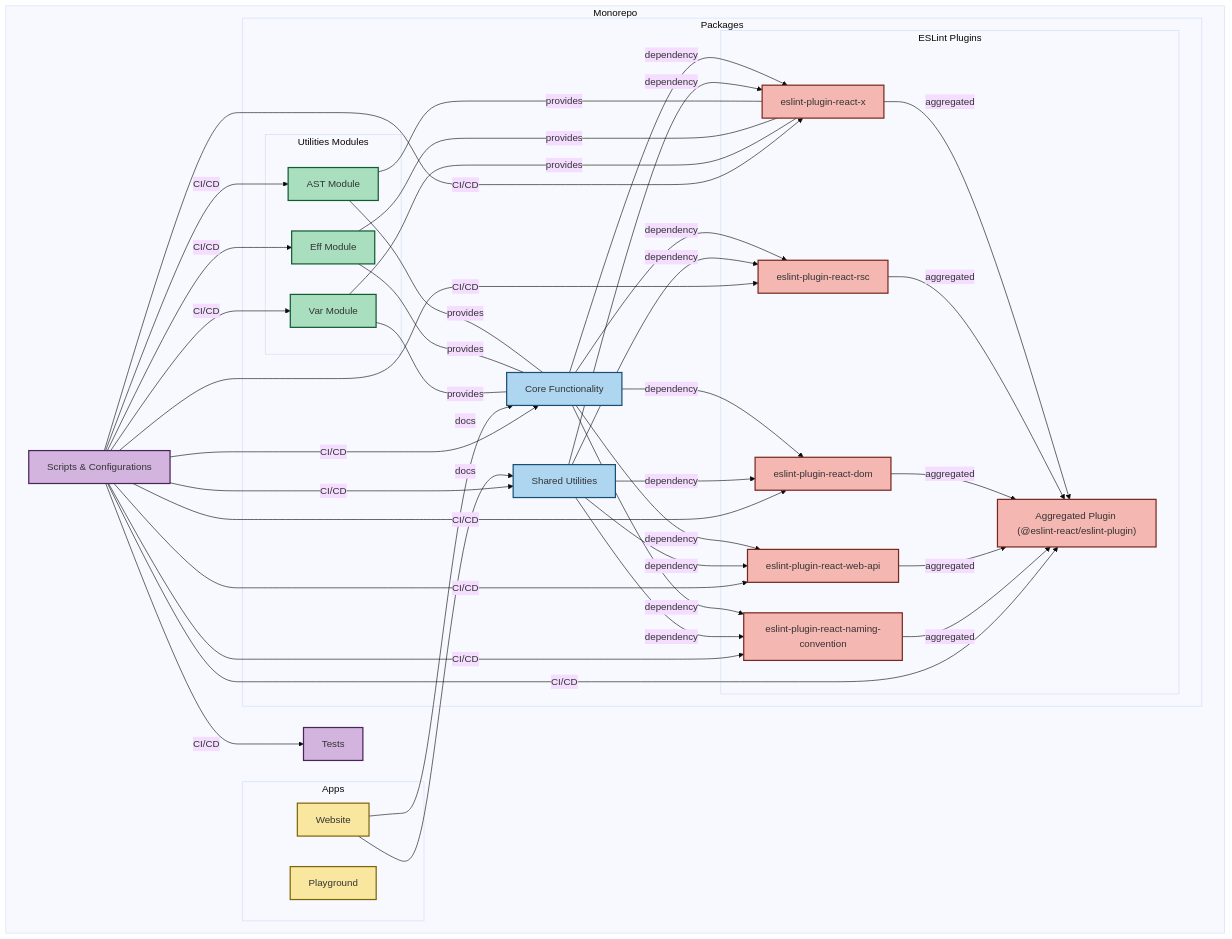
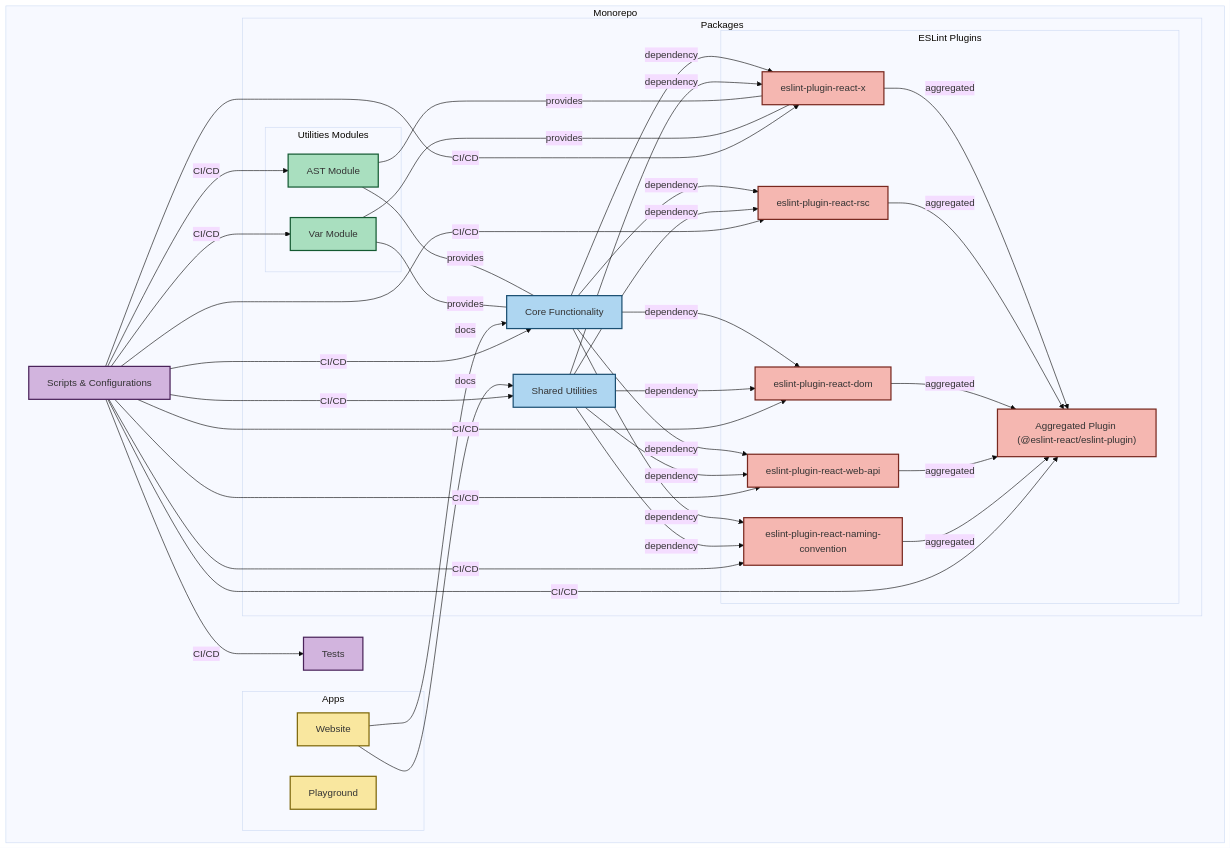
Before and after one commit to Rel1cx/eslint-react: the diagram in apps/website/content/docs/contributing.mdx, drawn with Mermaid (base theme). The commit also changed other lines of this file and 13 other files, not shown here.

```diff
--- a/apps/website/content/docs/contributing.mdx
+++ b/apps/website/content/docs/contributing.mdx
@@ -28,7 +28,6 @@
             %% Utilities Subgraph
             subgraph "Utilities Modules"
                 AST["AST Module"]:::utilities
-                Eff["Eff Module"]:::utilities
                 Var["Var Module"]:::utilities
             end
 
@@ -68,11 +67,9 @@
 
     %% Utilities used by Core and Plugins
     AST ---|"provides"| Core
-    Eff ---|"provides"| Core
     Var ---|"provides"| Core
 
     AST ---|"provides"| X
-    Eff ---|"provides"| X
     Var ---|"provides"| X
 
     %% Aggregation of Plugins
@@ -91,7 +88,6 @@
     Scripts -->|"CI/CD"| Core
     Scripts -->|"CI/CD"| Shared
     Scripts -->|"CI/CD"| AST
-    Scripts -->|"CI/CD"| Eff
     Scripts -->|"CI/CD"| Var
     Scripts -->|"CI/CD"| X
     Scripts -->|"CI/CD"| RSC
@@ -108,7 +104,6 @@
     click Core "https://github.com/rel1cx/eslint-react/tree/main/packages/core"
     click Shared "https://github.com/rel1cx/eslint-react/tree/main/packages/shared"
     click AST "https://github.com/rel1cx/eslint-react/tree/main/packages/utilities/ast"
-    click Eff "https://github.com/rel1cx/eslint-react/tree/main/packages/utilities/eff"
     click Var "https://github.com/rel1cx/eslint-react/tree/main/packages/utilities/var"
     click X "https://github.com/rel1cx/eslint-react/tree/main/packages/plugins/eslint-plugin-react-x"
     click DOM "https://github.com/rel1cx/eslint-react/tree/main/packages/plugins/eslint-plugin-react-dom"
```
